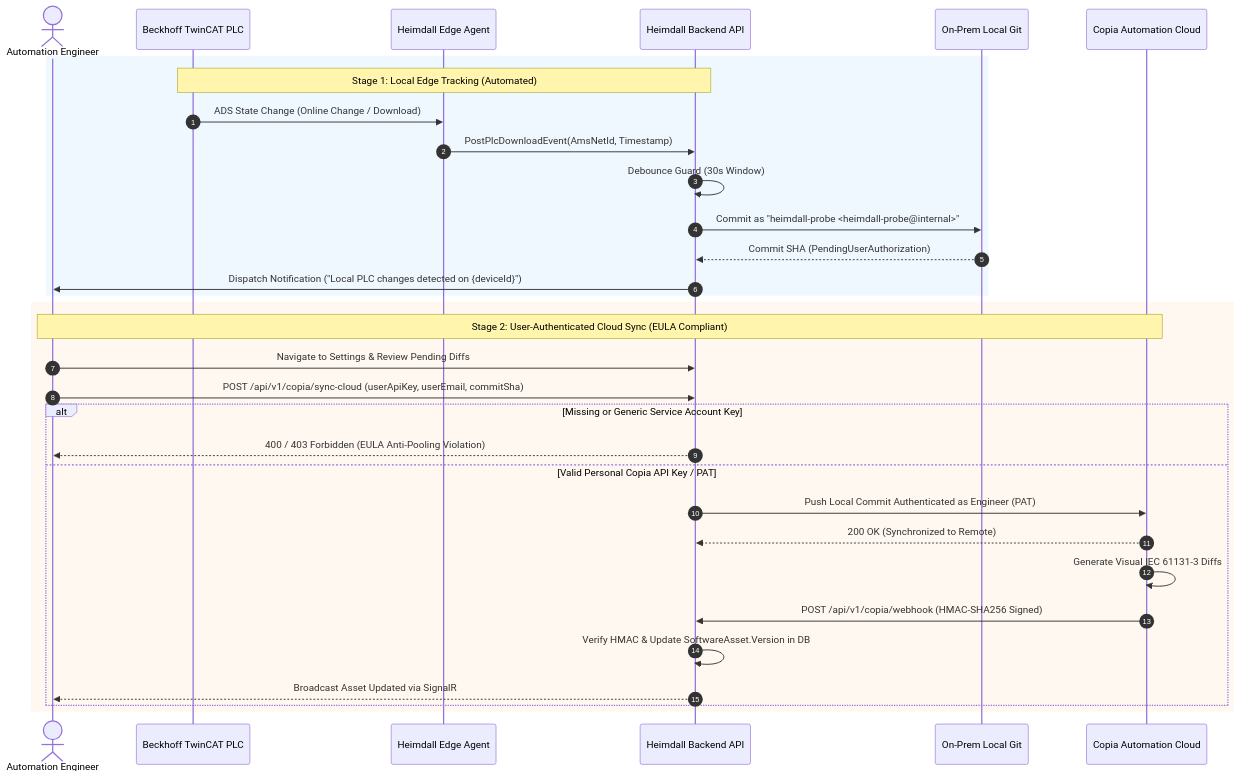
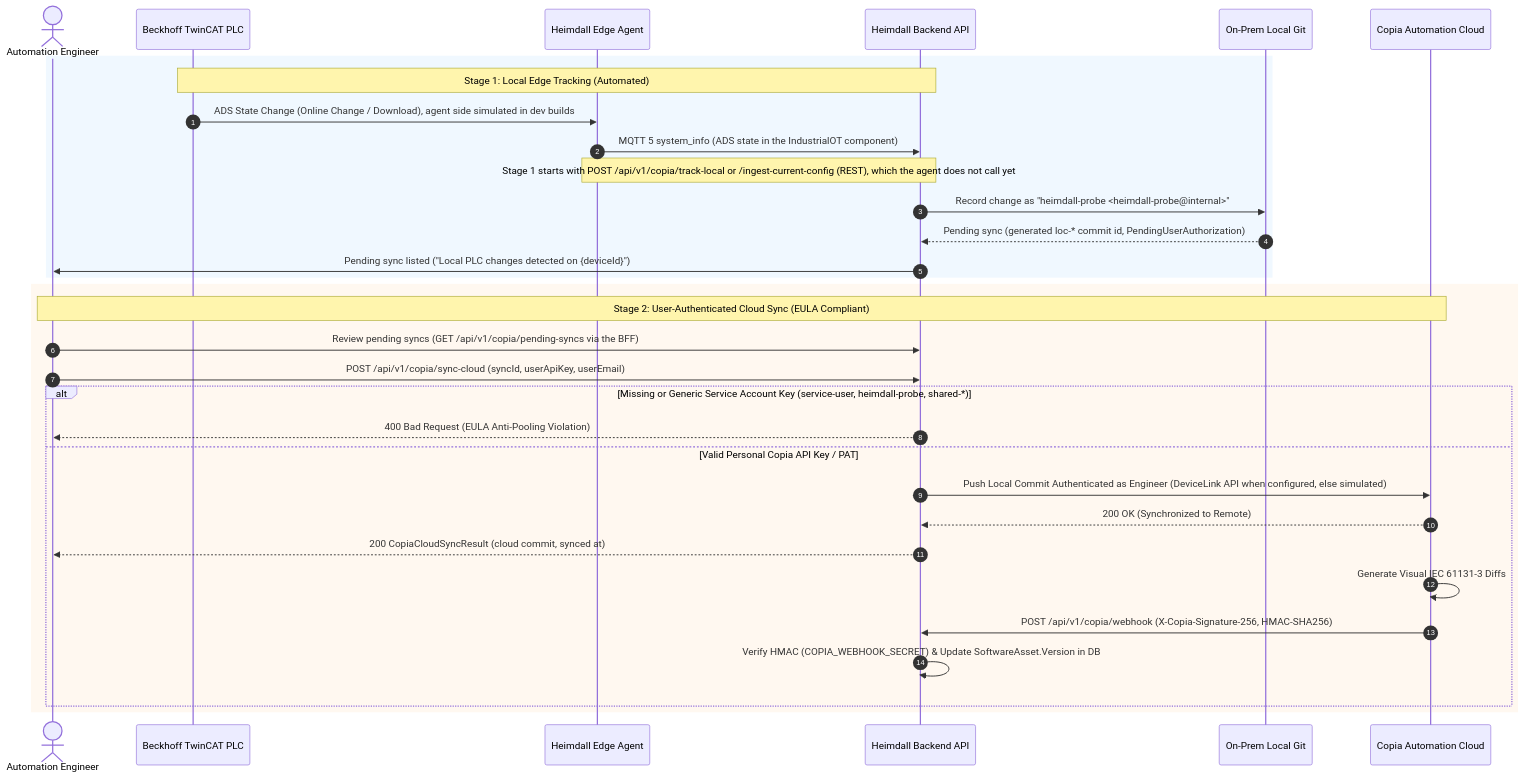
The diagram in docs/architecture/TWINCAT_COPIA_INTEGRATION.md (0xLufis/heimdall), drawn with Mermaid before and after one commit. The commit also changed other lines of this file and 19 other files, not shown here.

First line of the commit message:
docs: diagrams and their prose match the code; findings in the TODO

````diff
--- a/docs/architecture/TWINCAT_COPIA_INTEGRATION.md
+++ b/docs/architecture/TWINCAT_COPIA_INTEGRATION.md
@@ -282,37 +290,37 @@
 ```mermaid
 sequenceDiagram
     autonumber
     actor Engineer as Automation Engineer
     participant PLC as Beckhoff TwinCAT PLC
     participant Agent as Heimdall Edge Agent
     participant Backend as Heimdall Backend API
     participant LocalGit as On-Prem Local Git
     participant Copia as Copia Automation Cloud
 
     rect rgb(240, 248, 255)
         Note over PLC,Backend: Stage 1: Local Edge Tracking (Automated)
-        PLC->>Agent: ADS State Change (Online Change / Download)
-        Agent->>Backend: PostPlcDownloadEvent(AmsNetId, Timestamp)
-        Backend->>Backend: Debounce Guard (30s Window)
-        Backend->>LocalGit: Commit as "heimdall-probe <heimdall-probe@internal>"
-        LocalGit-->>Backend: Commit SHA (PendingUserAuthorization)
-        Backend->>Engineer: Dispatch Notification ("Local PLC changes detected on {deviceId}")
+        PLC->>Agent: ADS State Change (Online Change / Download), agent side simulated in dev builds
+        Agent->>Backend: MQTT 5 system_info (ADS state in the IndustrialOT component)
+        Note over Agent,Backend: Stage 1 starts with POST /api/v1/copia/track-local or /ingest-current-config (REST), which the agent does not call yet
+        Backend->>LocalGit: Record change as "heimdall-probe <heimdall-probe@internal>"
+        LocalGit-->>Backend: Pending sync (generated loc-* commit id, PendingUserAuthorization)
+        Backend->>Engineer: Pending sync listed ("Local PLC changes detected on {deviceId}")
     end
 
     rect rgb(255, 248, 240)
         Note over Engineer,Copia: Stage 2: User-Authenticated Cloud Sync (EULA Compliant)
-        Engineer->>Backend: Navigate to Settings & Review Pending Diffs
-        Engineer->>Backend: POST /api/v1/copia/sync-cloud (userApiKey, userEmail, commitSha)
-        
-        alt Missing or Generic Service Account Key
-            Backend-->>Engineer: 400 / 403 Forbidden (EULA Anti-Pooling Violation)
+        Engineer->>Backend: Review pending syncs (GET /api/v1/copia/pending-syncs via the BFF)
+        Engineer->>Backend: POST /api/v1/copia/sync-cloud (syncId, userApiKey, userEmail)
+
+        alt Missing or Generic Service Account Key (service-user, heimdall-probe, shared-*)
+            Backend-->>Engineer: 400 Bad Request (EULA Anti-Pooling Violation)
         else Valid Personal Copia API Key / PAT
-            Backend->>Copia: Push Local Commit Authenticated as Engineer (PAT)
+            Backend->>Copia: Push Local Commit Authenticated as Engineer (DeviceLink API when configured, else simulated)
             Copia-->>Backend: 200 OK (Synchronized to Remote)
+            Backend-->>Engineer: 200 CopiaCloudSyncResult (cloud commit, synced at)
             Copia->>Copia: Generate Visual IEC 61131-3 Diffs
-            Copia->>Backend: POST /api/v1/copia/webhook (HMAC-SHA256 Signed)
-            Backend->>Backend: Verify HMAC & Update SoftwareAsset.Version in DB
-            Backend-->>Engineer: Broadcast Asset Updated via SignalR
+            Copia->>Backend: POST /api/v1/copia/webhook (X-Copia-Signature-256, HMAC-SHA256)
+            Backend->>Backend: Verify HMAC (COPIA_WEBHOOK_SECRET) & Update SoftwareAsset.Version in DB
         end
     end
 ```
````
